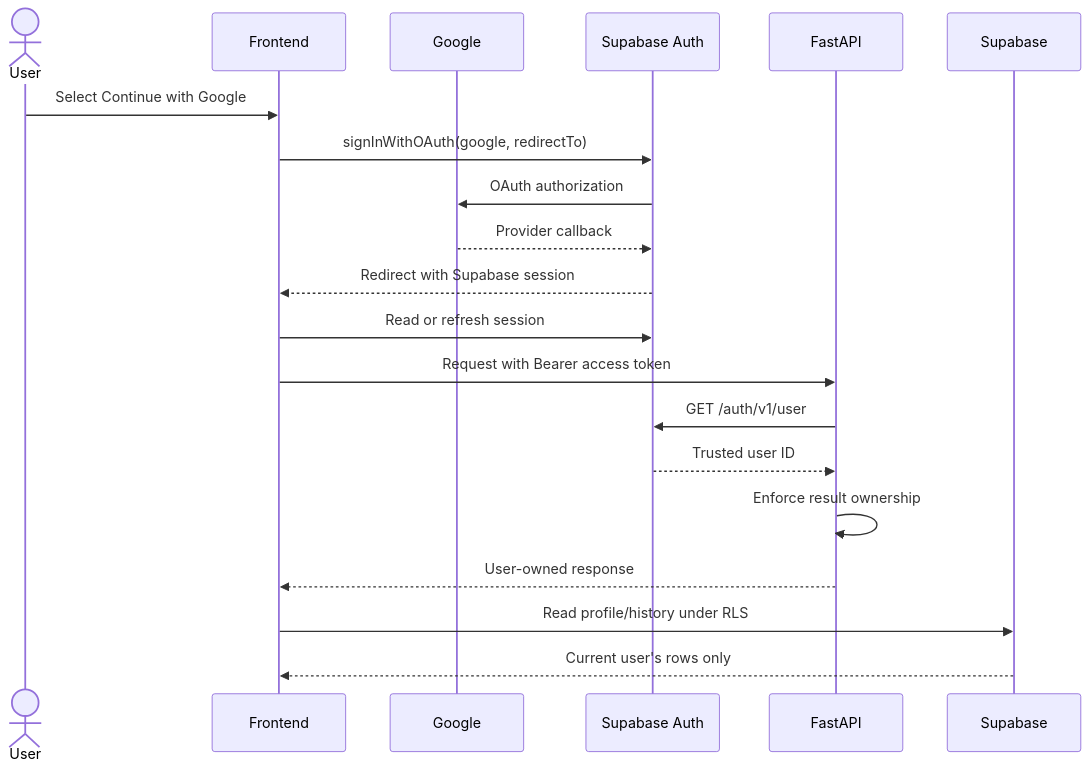
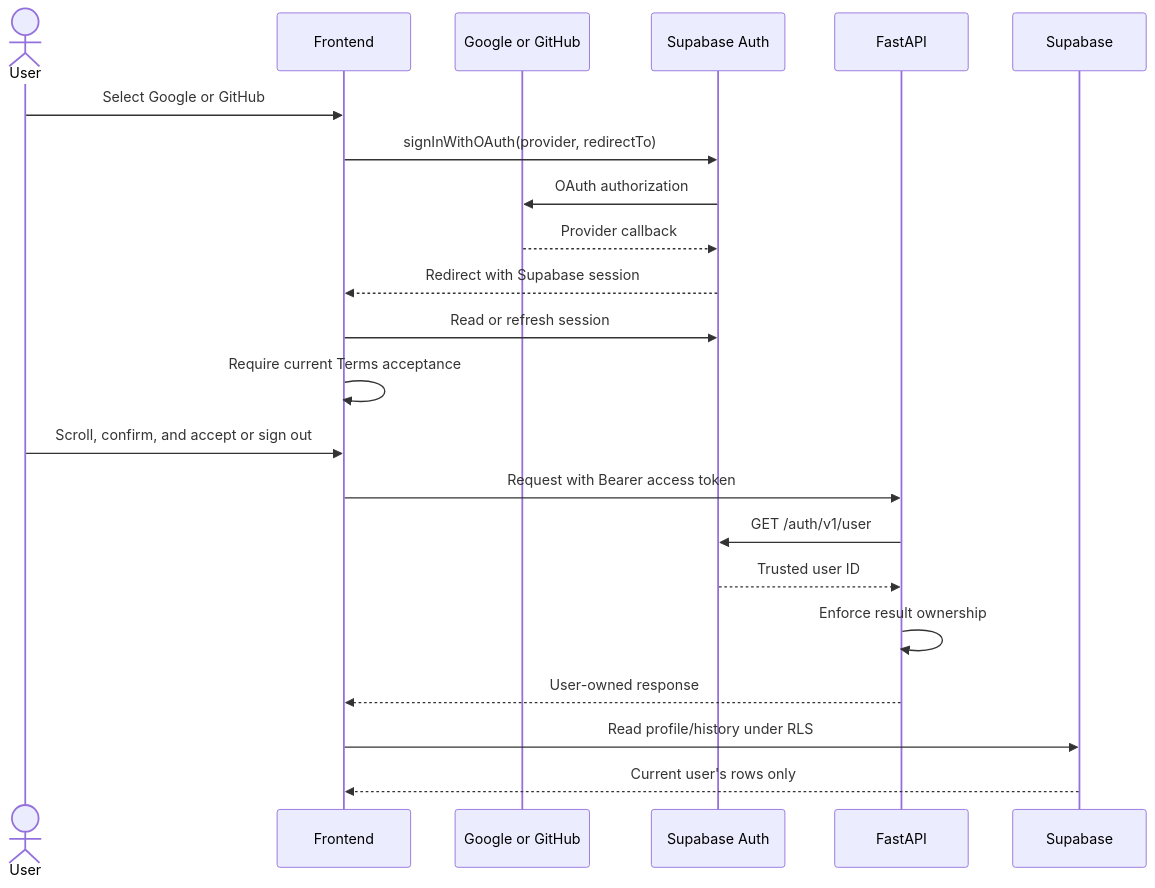
One commit to ChaoChuan05/TruthScope changed the second of 3 diagrams in docs/architecture.md. Above: the diagram before and after it, drawn with Mermaid. The commit also changed other lines of this file and 21 other files, not shown here.

```diff
--- a/docs/architecture.md
+++ b/docs/architecture.md
@@ -115,23 +116,25 @@
 ~~~mermaid
 sequenceDiagram
     actor User
     participant UI as Frontend
-    participant Google
+    participant Provider as Google or GitHub
     participant SA as Supabase Auth
     participant API as FastAPI
     participant DB as Supabase
 
-    User->>UI: Select Continue with Google
-    UI->>SA: signInWithOAuth(google, redirectTo)
-    SA->>Google: OAuth authorization
-    Google-->>SA: Provider callback
+    User->>UI: Select Google or GitHub
+    UI->>SA: signInWithOAuth(provider, redirectTo)
+    SA->>Provider: OAuth authorization
+    Provider-->>SA: Provider callback
     SA-->>UI: Redirect with Supabase session
     UI->>SA: Read or refresh session
+    UI->>UI: Require current Terms acceptance
+    User->>UI: Scroll, confirm, and accept or sign out
     UI->>API: Request with Bearer access token
     API->>SA: GET /auth/v1/user
     SA-->>API: Trusted user ID
     API->>API: Enforce result ownership
     API-->>UI: User-owned response
     UI->>DB: Read profile/history under RLS
     DB-->>UI: Current user's rows only
 ~~~
```
